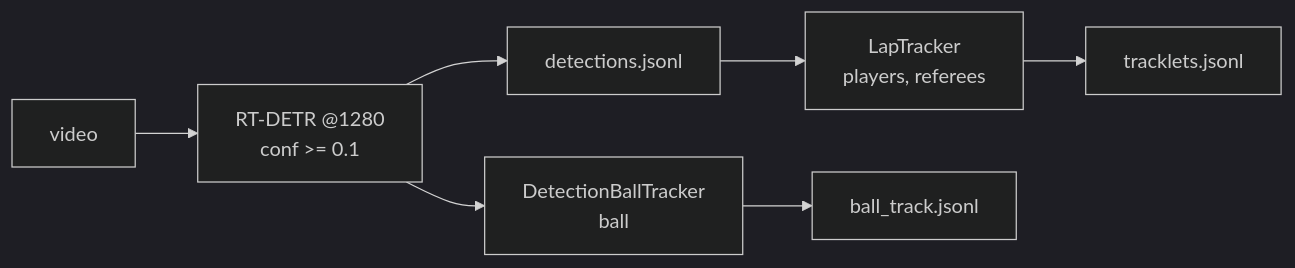
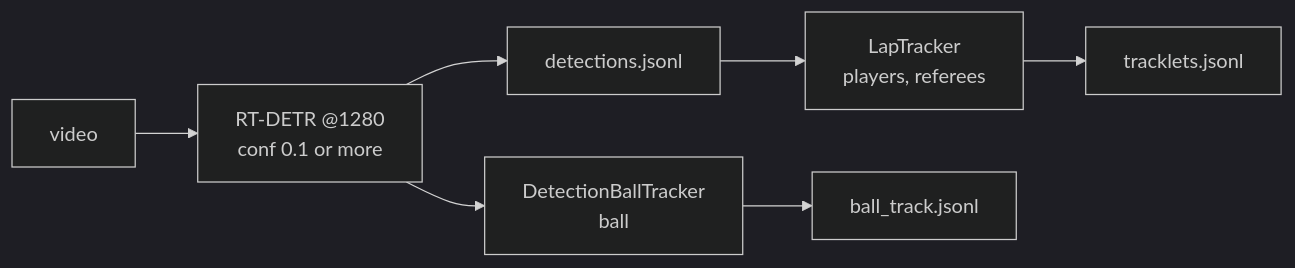
The diagram in docs/inference.md (egroeg121/footy-track), drawn with Mermaid (dark theme) before and after one commit. The commit also changed 15 other files, not shown here.

First line of the commit message:
docs: TODO list, architecture, data and pipeline pages, contribution guide (#30)

````diff
--- a/docs/inference.md
+++ b/docs/inference.md
@@ -19,9 +19,9 @@
 ```mermaid
 flowchart LR
-    V[video] --> D["RT-DETR @1280<br/>conf >= 0.1"]
+    V[video] --> D["RT-DETR @1280<br/>conf 0.1 or more"]
     D --> L[detections.jsonl]
     L --> P["LapTracker<br/>players, referees"]
     D --> B["DetectionBallTracker<br/>ball"]
     P --> T[tracklets.jsonl]
     B --> BT[ball_track.jsonl]
 ```
````
